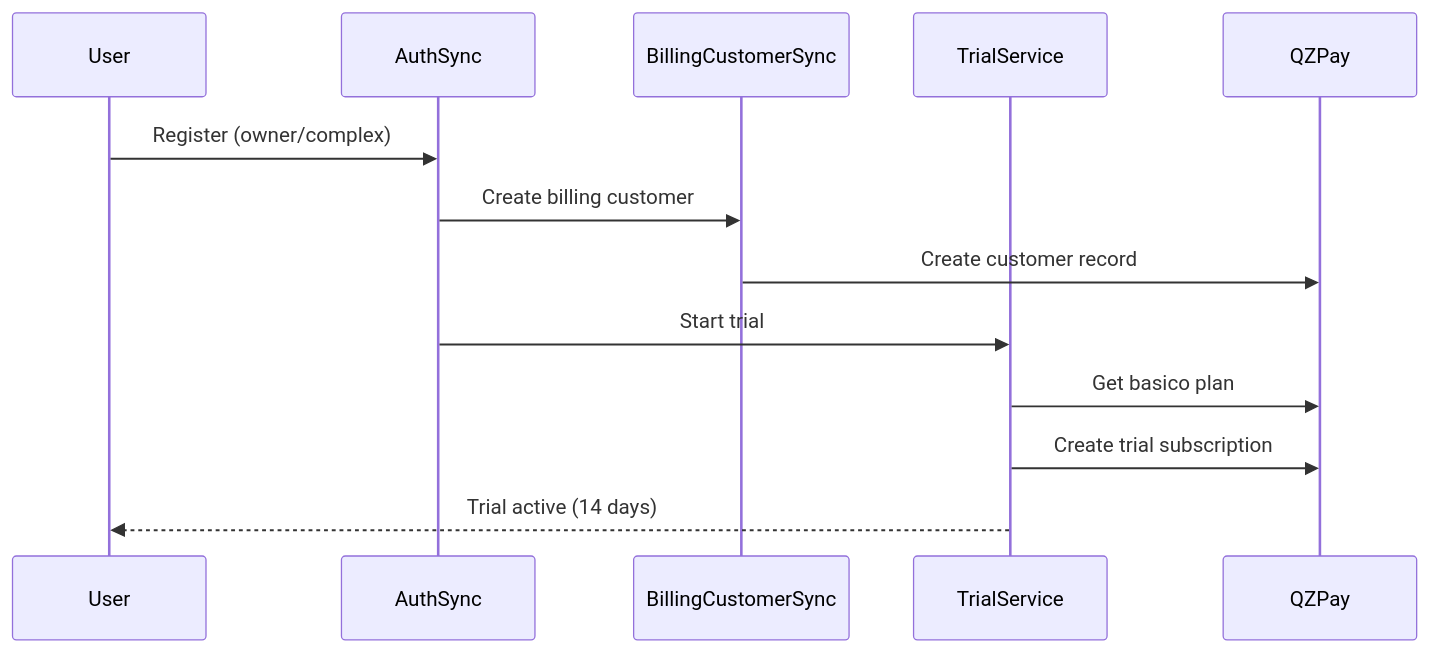
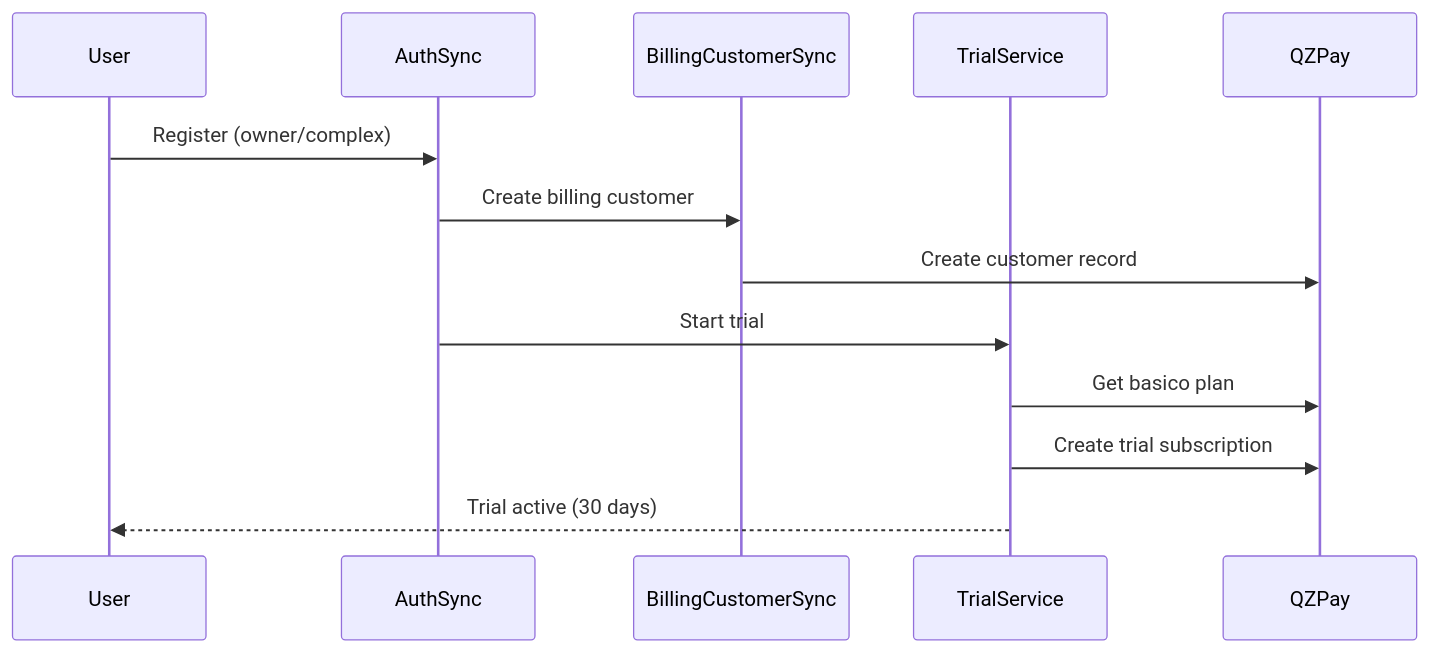
One commit to qazuor/hospeda changed the second of 2 diagrams in apps/api/docs/trial-system.md. Above: the diagram before and after it, drawn with Mermaid. The commit also changed other lines of this file and 3 other files, not shown here.

First line of the commit message:
docs(billing): correct the owner trial length to 30 days

````diff
--- a/apps/api/docs/trial-system.md
+++ b/apps/api/docs/trial-system.md
@@ -66,16 +66,16 @@
 ```mermaid
 sequenceDiagram
     participant User
     participant AuthSync
     participant BillingCustomerSync
     participant TrialService
     participant QZPay
 
     User->>AuthSync: Register (owner/complex)
     AuthSync->>BillingCustomerSync: Create billing customer
     BillingCustomerSync->>QZPay: Create customer record
     AuthSync->>TrialService: Start trial
     TrialService->>QZPay: Get basico plan
     TrialService->>QZPay: Create trial subscription
-    TrialService-->>User: Trial active (14 days)
+    TrialService-->>User: Trial active (30 days)
 ```
````
